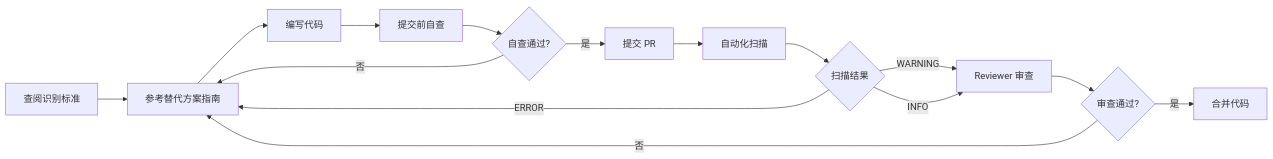
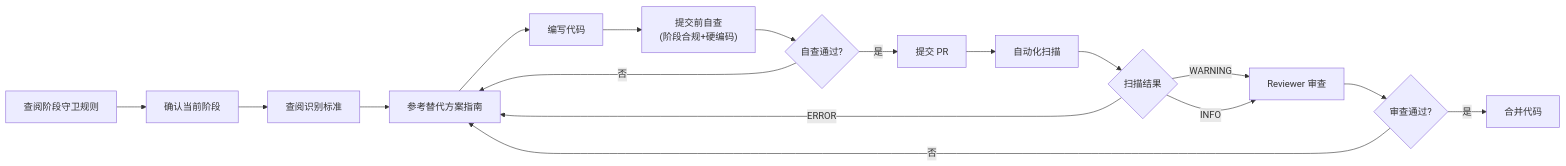
Before and after one commit to xinetzone/SpecWeave: the second of 4 diagrams in .agents/rules/README.md, drawn with Mermaid. The commit also changed other lines of this file and 15 other files, not shown here.

````diff
--- a/.agents/rules/README.md
+++ b/.agents/rules/README.md
@@ -70,17 +81,19 @@
 ```mermaid
 flowchart LR
-    A["查阅识别标准"] --> B["参考替代方案指南"]
-    B --> C["编写代码"]
-    C --> D["提交前自查"]
-    D --> E{"自查通过?"}
-    E -->|"否"| B
-    E -->|"是"| F["提交 PR"]
-    F --> G["自动化扫描"]
-    G --> H{"扫描结果"}
-    H -->|"ERROR"| B
-    H -->|"WARNING"| I["Reviewer 审查"]
-    H -->|"INFO"| I
-    I --> J{"审查通过?"}
-    J -->|"否"| B
-    J -->|"是"| K["合并代码"]
+    A["查阅阶段守卫规则"] --> A2["确认当前阶段"]
+    A2 --> B["查阅识别标准"]
+    B --> C["参考替代方案指南"]
+    C --> D["编写代码"]
+    D --> E["提交前自查<br/>(阶段合规+硬编码)"]
+    E --> F{"自查通过?"}
+    F -->|"否"| C
+    F -->|"是"| G["提交 PR"]
+    G --> H["自动化扫描"]
+    H --> I{"扫描结果"}
+    I -->|"ERROR"| C
+    I -->|"WARNING"| J["Reviewer 审查"]
+    I -->|"INFO"| J
+    J --> K{"审查通过?"}
+    K -->|"否"| C
+    K -->|"是"| L["合并代码"]
 ```
````
